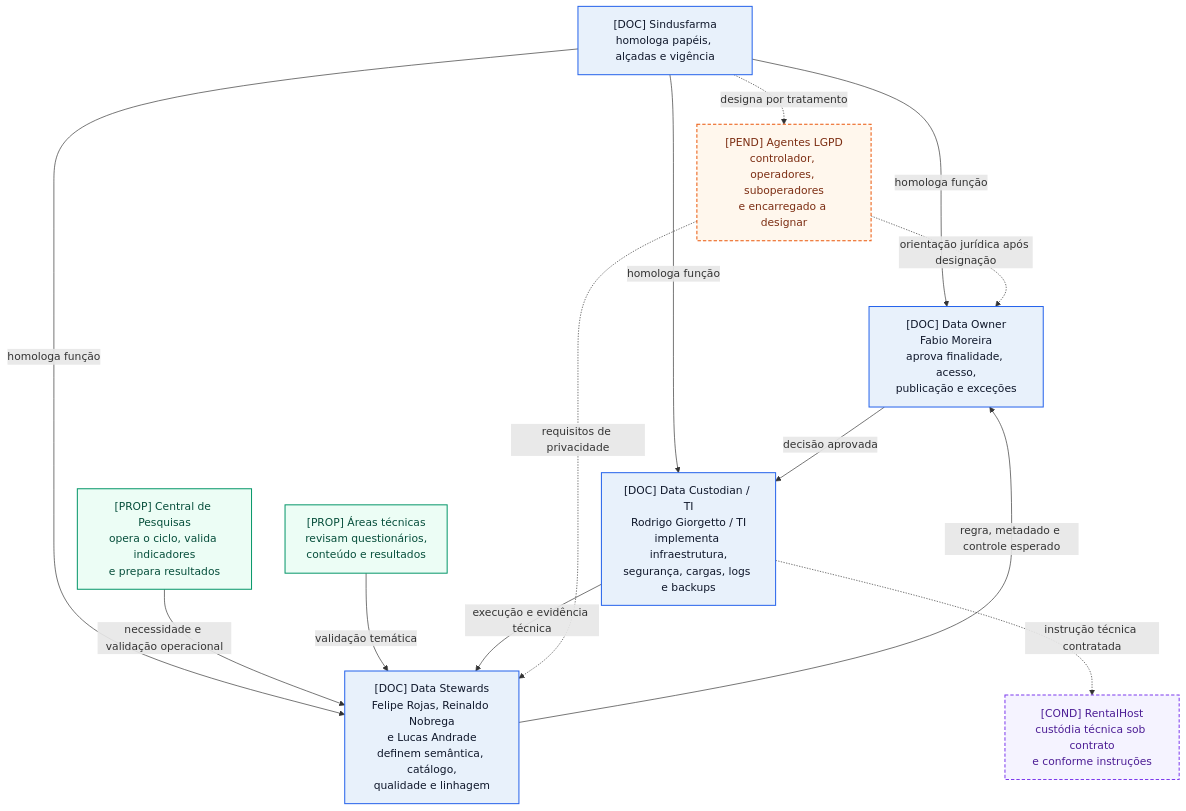
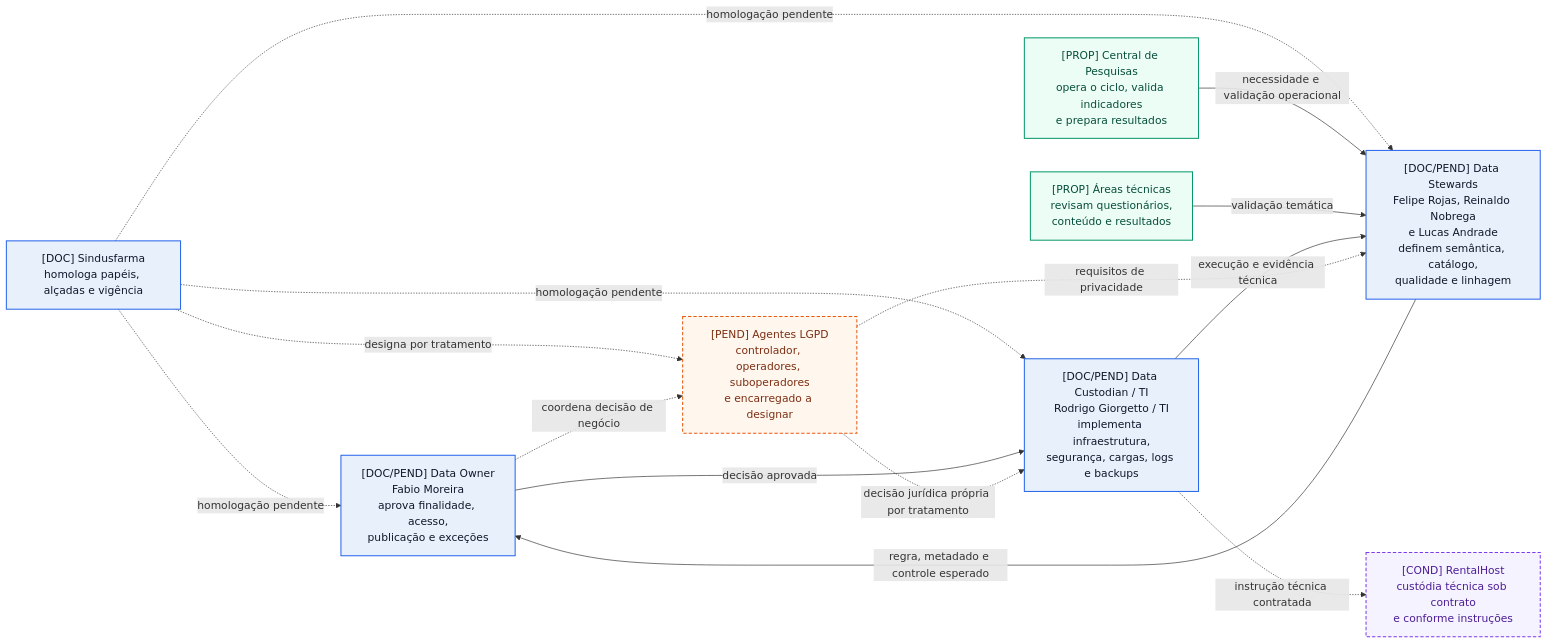
Before and after one commit to balb-0/Synapse: the diagram in docs/Governança-de-Dados-do-Projeto.md, drawn with Mermaid. The commit also changed other lines of this file, not shown here.

Commit message:
docs: explicita homologacao no mapa de governanca

````diff
--- a/docs/Governança-de-Dados-do-Projeto.md
+++ b/docs/Governança-de-Dados-do-Projeto.md
@@ -130,29 +130,30 @@
 ```mermaid
-flowchart TB
+flowchart LR
     SIND["[DOC] Sindusfarma<br/>homologa papéis, alçadas e vigência"]:::baseline
-    OWNER["[DOC] Data Owner<br/>Fabio Moreira<br/>aprova finalidade, acesso,<br/>publicação e exceções"]:::baseline
-    STEWARD["[DOC] Data Stewards<br/>Felipe Rojas, Reinaldo Nobrega<br/>e Lucas Andrade<br/>definem semântica, catálogo,<br/>qualidade e linhagem"]:::baseline
-    CUST["[DOC] Data Custodian / TI<br/>Rodrigo Giorgetto / TI<br/>implementa infraestrutura,<br/>segurança, cargas, logs e backups"]:::baseline
+    OWNER["[DOC/PEND] Data Owner<br/>Fabio Moreira<br/>aprova finalidade, acesso,<br/>publicação e exceções"]:::baseline
+    STEWARD["[DOC/PEND] Data Stewards<br/>Felipe Rojas, Reinaldo Nobrega<br/>e Lucas Andrade<br/>definem semântica, catálogo,<br/>qualidade e linhagem"]:::baseline
+    CUST["[DOC/PEND] Data Custodian / TI<br/>Rodrigo Giorgetto / TI<br/>implementa infraestrutura,<br/>segurança, cargas, logs e backups"]:::baseline
     CENTRAL["[PROP] Central de Pesquisas<br/>opera o ciclo, valida indicadores<br/>e prepara resultados"]:::proposal
     AREAS["[PROP] Áreas técnicas<br/>revisam questionários,<br/>conteúdo e resultados"]:::proposal
     LEGAL["[PEND] Agentes LGPD<br/>controlador, operadores, suboperadores<br/>e encarregado a designar"]:::pending
     EXT["[COND] RentalHost<br/>custódia técnica sob contrato<br/>e conforme instruções"]:::external
 
-    SIND -->|homologa função| OWNER
-    SIND -->|homologa função| STEWARD
-    SIND -->|homologa função| CUST
+    SIND -.->|homologação pendente| OWNER
+    SIND -.->|homologação pendente| STEWARD
+    SIND -.->|homologação pendente| CUST
     SIND -.->|designa por tratamento| LEGAL
     CENTRAL -->|necessidade e validação operacional| STEWARD
     AREAS -->|validação temática| STEWARD
     STEWARD -->|regra, metadado e controle esperado| OWNER
     OWNER -->|decisão aprovada| CUST
     CUST -->|execução e evidência técnica| STEWARD
-    LEGAL -.->|orientação jurídica após designação| OWNER
+    OWNER -.->|coordena decisão de negócio| LEGAL
+    LEGAL -.->|decisão jurídica própria por tratamento| CUST
     LEGAL -.->|requisitos de privacidade| STEWARD
     CUST -.->|instrução técnica contratada| EXT
 
     classDef baseline fill:#E8F1FB,stroke:#2563EB,color:#0F172A,stroke-width:1.5px
     classDef proposal fill:#ECFDF5,stroke:#059669,color:#064E3B,stroke-width:1.5px
     classDef pending fill:#FFF7ED,stroke:#EA580C,color:#7C2D12,stroke-width:1.5px,stroke-dasharray:5 3
     classDef external fill:#F5F3FF,stroke:#7C3AED,color:#4C1D95,stroke-width:1.5px,stroke-dasharray:5 3
 ```
````
